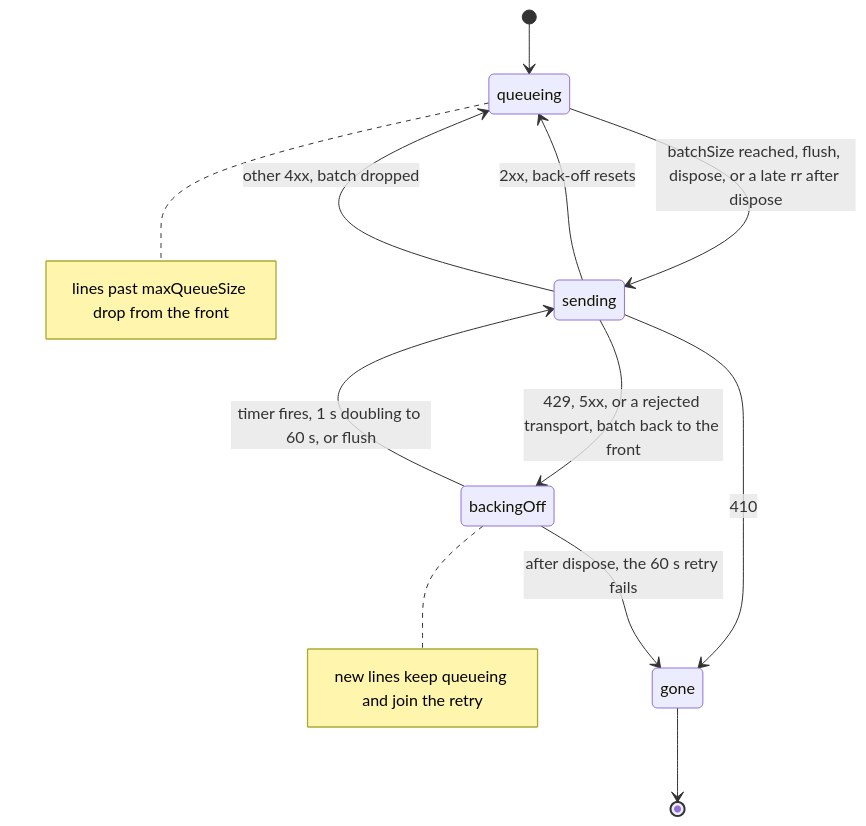
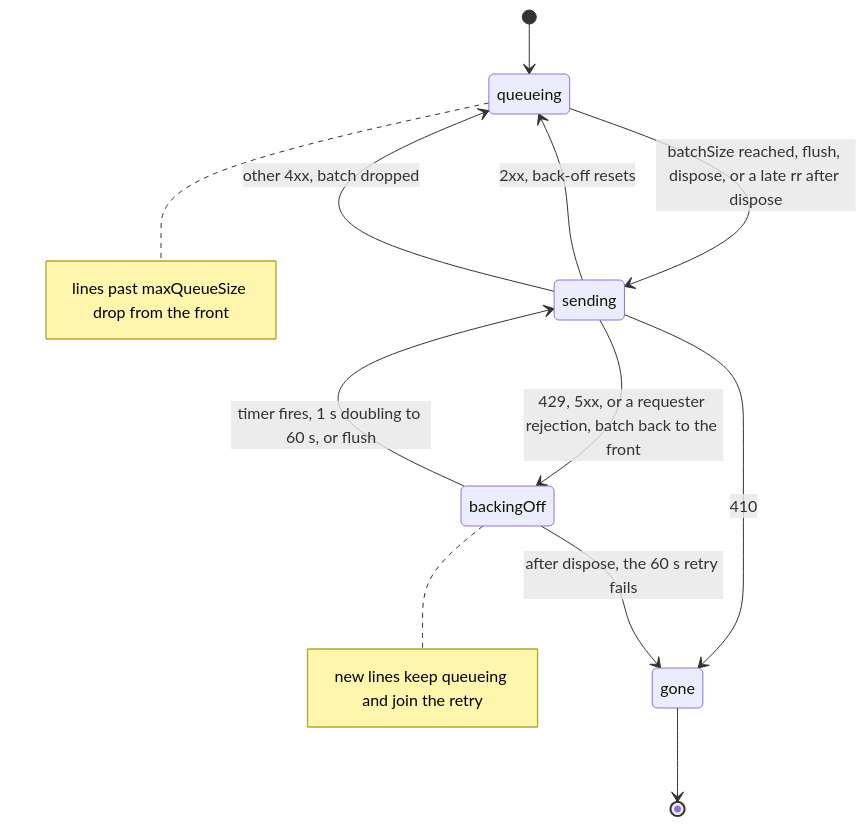
The fifth of 5 diagrams in rfc/cmcd-session-api.md (streaming-video-technology-alliance/common-media-library), drawn with Mermaid before and after one commit. The commit also changed other lines of this file and 1 other file, not shown here.

````diff
--- a/rfc/cmcd-session-api.md
+++ b/rfc/cmcd-session-api.md
@@ -561,14 +571,14 @@
 ```mermaid
 stateDiagram-v2
     [*] --> queueing
     queueing --> sending : batchSize reached, flush, dispose, or a late rr after dispose
     sending --> queueing : 2xx, back-off resets
     sending --> queueing : other 4xx, batch dropped
     sending --> gone : 410
-    sending --> backingOff : 429, 5xx, or a rejected transport, batch back to the front
+    sending --> backingOff : 429, 5xx, or a requester rejection, batch back to the front
     backingOff --> sending : timer fires, 1 s doubling to 60 s, or flush
     backingOff --> gone : after dispose, the 60 s retry fails
     gone --> [*]
     note right of queueing : lines past maxQueueSize drop from the front
     note right of backingOff : new lines keep queueing and join the retry
 ```
````
